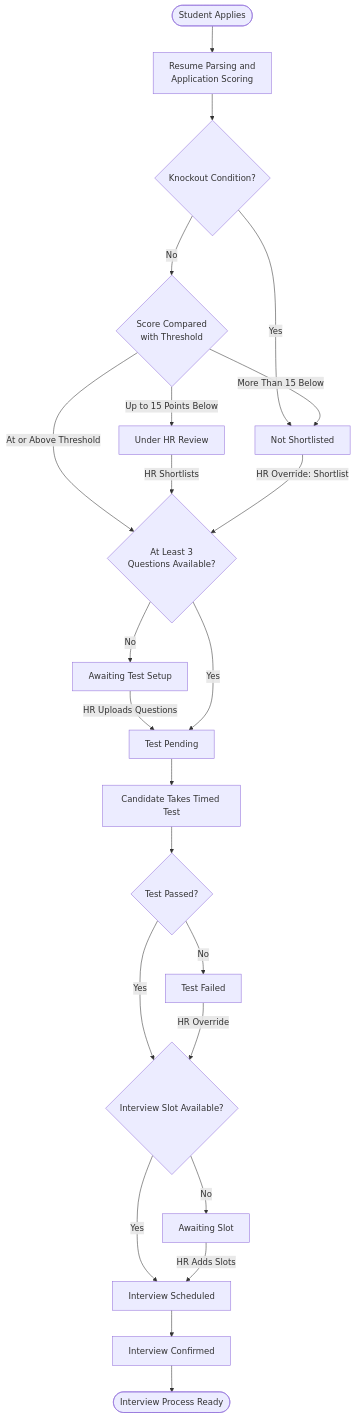
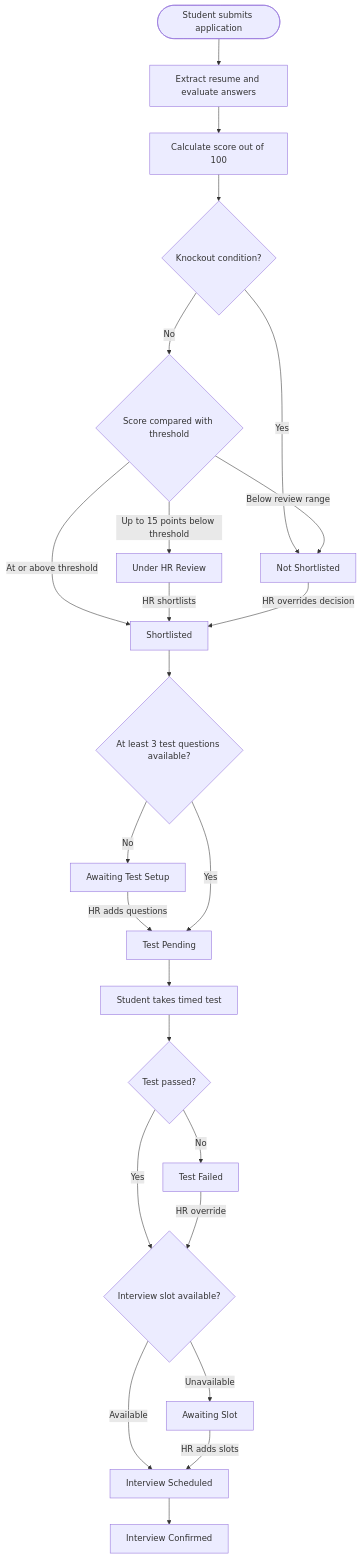
Before and after one commit to Mysteriousboy727/Hr_Evaluator: the third of 5 diagrams in README.md, drawn with Mermaid. The commit also changed other lines of this file, not shown here.

````diff
--- a/README.md
+++ b/README.md
@@ -249,39 +274,52 @@
 ```mermaid
 flowchart TD
+    A(["Student submits application"])
+    B["Extract resume and evaluate answers"]
+    C["Calculate score out of 100"]
+    D{"Knockout condition?"}
+    E{"Score compared with threshold"}
+    F["Not Shortlisted"]
+    G["Under HR Review"]
+    H["Shortlisted"]
+    I{"At least 3 test questions available?"}
+    J["Awaiting Test Setup"]
+    K["Test Pending"]
+    L["Student takes timed test"]
+    M{"Test passed?"}
+    N["Test Failed"]
+    O{"Interview slot available?"}
+    P["Awaiting Slot"]
+    Q["Interview Scheduled"]
+    R["Interview Confirmed"]
 
-    A(["Student Applies"]) --> B["Resume Parsing and<br/>Application Scoring"]
+    A --> B --> C --> D
 
-    B --> C{"Knockout Condition?"}
+    D -->|Yes| F
+    D -->|No| E
 
-    C -->|"Yes"| NS["Not Shortlisted"]
-    C -->|"No"| D{"Score Compared<br/>with Threshold"}
+    E -->|At or above threshold| H
+    E -->|Up to 15 points below threshold| G
+    E -->|Below review range| F
 
-    D -->|"At or Above Threshold"| Q{"At Least 3<br/>Questions Available?"}
-    D -->|"Up to 15 Points Below"| UR["Under HR Review"]
-    D -->|"More Than 15 Below"| NS
+    G -->|HR shortlists| H
+    F -->|HR overrides decision| H
 
-    UR -->|"HR Shortlists"| Q
-    NS -->|"HR Override: Shortlist"| Q
+    H --> I
 
-    Q -->|"No"| TS["Awaiting Test Setup"]
-    TS -->|"HR Uploads Questions"| TP["Test Pending"]
+    I -->|No| J
+    J -->|HR adds questions| K
+    I -->|Yes| K
 
-    Q -->|"Yes"| TP
+    K --> L --> M
 
-    TP --> T["Candidate Takes Timed Test"]
-    T --> R{"Test Passed?"}
+    M -->|Yes| O
+    M -->|No| N
 
-    R -->|"Yes"| SL{"Interview Slot Available?"}
-    R -->|"No"| TF["Test Failed"]
+    N -->|HR override| O
 
-    TF -->|"HR Override"| SL
+    O -->|Available| Q
+    O -->|Unavailable| P
+    P -->|HR adds slots| Q
 
-    SL -->|"Yes"| IS["Interview Scheduled"]
-    SL -->|"No"| AS["Awaiting Slot"]
-
-    AS -->|"HR Adds Slots"| IS
-
-    IS --> IC["Interview Confirmed"]
-
-    IC --> END(["Interview Process Ready"])
+    Q --> R
 ```
````
